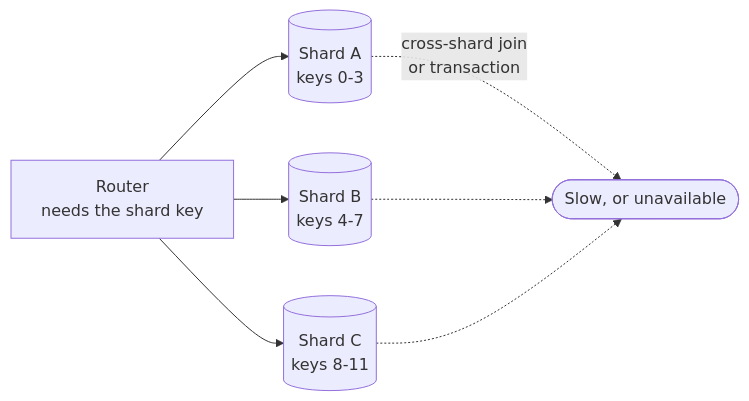
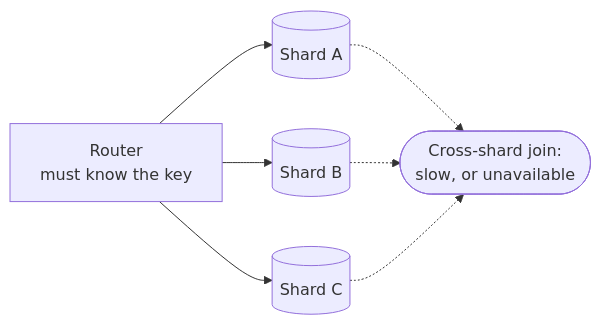
Before and after one commit to Laticent/lattice: the seventh of 19 diagrams in examples/system-design-foundations.md, drawn with Mermaid. The commit also changed other lines of this file and 2 other files, not shown here.

````diff
--- a/examples/system-design-foundations.md
+++ b/examples/system-design-foundations.md
@@ -1112,9 +1093,9 @@
 ```mermaid
 flowchart LR
-  R["Router<br/>needs the shard key"] --> S1[("Shard A<br/>keys 0-3")]
-  R --> S2[("Shard B<br/>keys 4-7")]
-  R --> S3[("Shard C<br/>keys 8-11")]
-  S1 -.->|"cross-shard join<br/>or transaction"| X(["Slow, or unavailable"])
+  R["Router<br/>must know the key"] --> S1[("Shard A")]
+  R --> S2[("Shard B")]
+  R --> S3[("Shard C")]
+  S1 -.-> X(["Cross-shard join:<br/>slow, or unavailable"])
   S2 -.-> X
   S3 -.-> X
 ```
````
